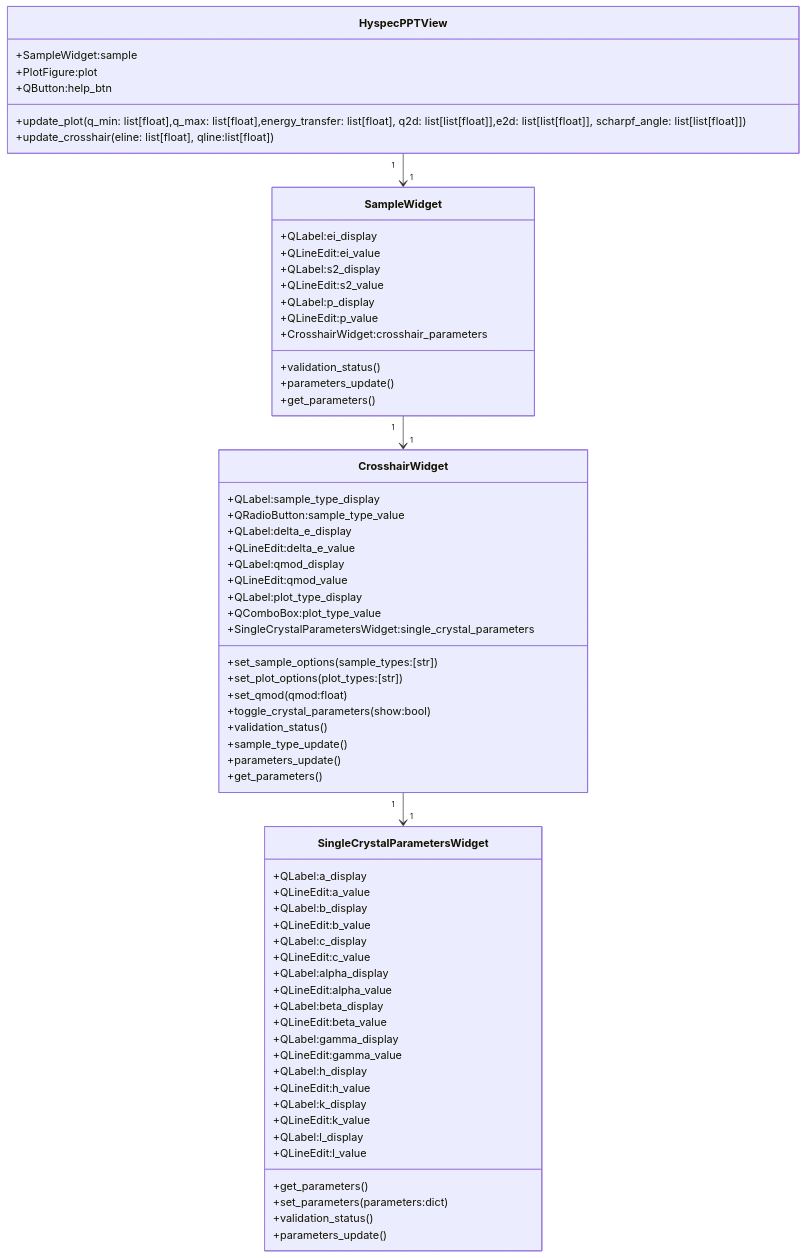
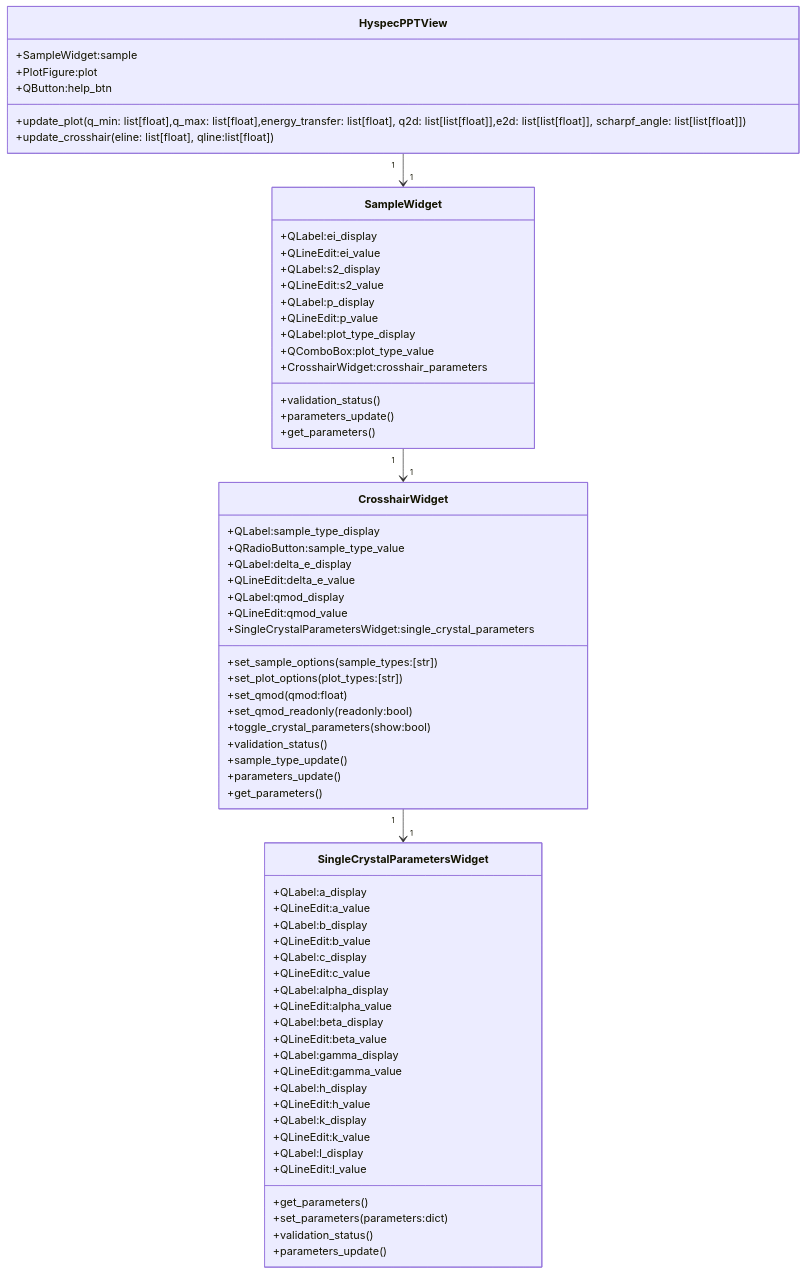
Before and after one commit to neutrons/hyspecppt: the second of 13 diagrams in docs/source/design/hyspecpptclasses.rst, drawn with Mermaid. The commit also changed other lines of this file and 1 other file, not shown here.

```diff
--- a/docs/source/design/hyspecpptclasses.rst
+++ b/docs/source/design/hyspecpptclasses.rst
@@ -265,76 +265,77 @@
 .. mermaid::
 
  classDiagram
     HyspecPPTView "1" -->"1" SampleWidget
     SampleWidget "1" -->"1" CrosshairWidget
     CrosshairWidget "1" -->"1" SingleCrystalParametersWidget
 
     class HyspecPPTView{
         +SampleWidget:sample
         +PlotFigure:plot
         +QButton:help_btn
         +update_plot(q_min: list[float],q_max: list[float],energy_transfer: list[float], q2d: list[list[float]],e2d: list[list[float]], scharpf_angle: list[list[float]])
         +update_crosshair(eline: list[float], qline:list[float])
 
     }
 
     class SampleWidget{
         +QLabel:ei_display
         +QLineEdit:ei_value
         +QLabel:s2_display
         +QLineEdit:s2_value
         +QLabel:p_display
         +QLineEdit:p_value
+        +QLabel:plot_type_display
+        +QComboBox:plot_type_value
         +CrosshairWidget:crosshair_parameters
         +validation_status()
         +parameters_update()
         +get_parameters()
 
     }
 
     class CrosshairWidget{
         +QLabel:sample_type_display
         +QRadioButton:sample_type_value
         +QLabel:delta_e_display
         +QLineEdit:delta_e_value
         +QLabel:qmod_display
         +QLineEdit:qmod_value
-        +QLabel:plot_type_display
-        +QComboBox:plot_type_value
         +SingleCrystalParametersWidget:single_crystal_parameters
         +set_sample_options(sample_types:[str])
         +set_plot_options(plot_types:[str])
         +set_qmod(qmod:float)
+        +set_qmod_readonly(readonly:bool)
         +toggle_crystal_parameters(show:bool)
         +validation_status()
         +sample_type_update()
         +parameters_update()
         +get_parameters()
 
     }
 
     class SingleCrystalParametersWidget{
         +QLabel:a_display
         +QLineEdit:a_value
         +QLabel:b_display
         +QLineEdit:b_value
         +QLabel:c_display
         +QLineEdit:c_value
         +QLabel:alpha_display
         +QLineEdit:alpha_value
         +QLabel:beta_display
         +QLineEdit:beta_value
         +QLabel:gamma_display
         +QLineEdit:gamma_value
         +QLabel:h_display
         +QLineEdit:h_value
         +QLabel:k_display
         +QLineEdit:k_value
         +QLabel:l_display
         +QLineEdit:l_value
         +get_parameters()
         +set_parameters(parameters:dict)
         +validation_status()
         +parameters_update()
 
     }
```
